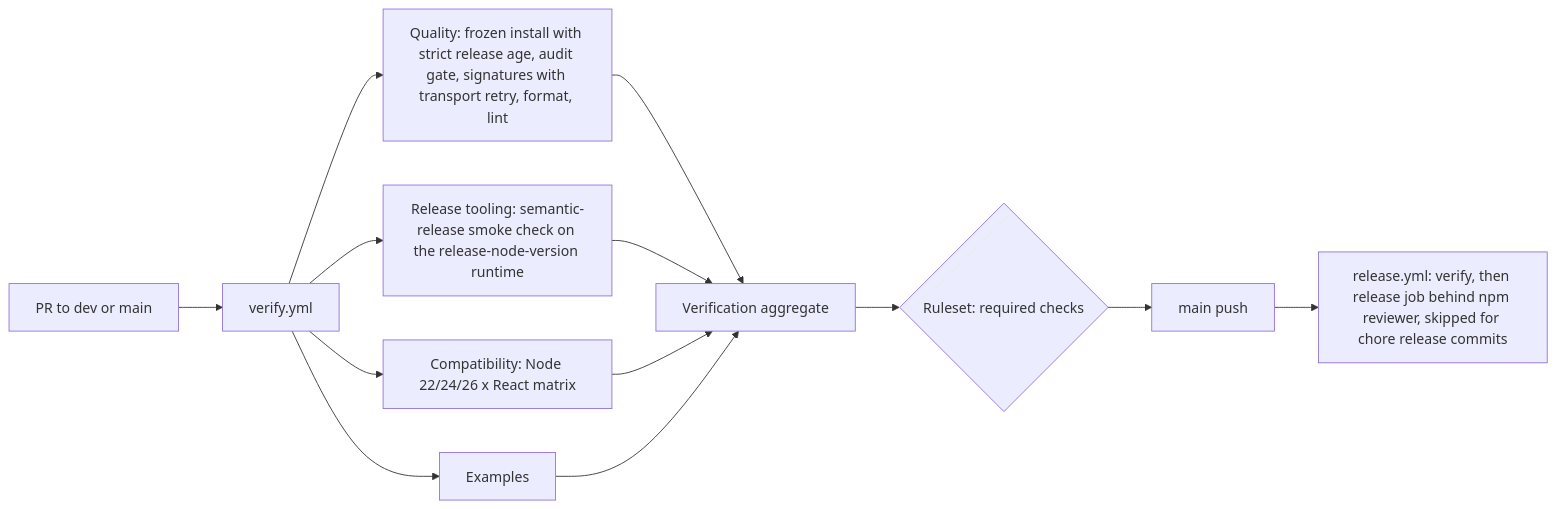
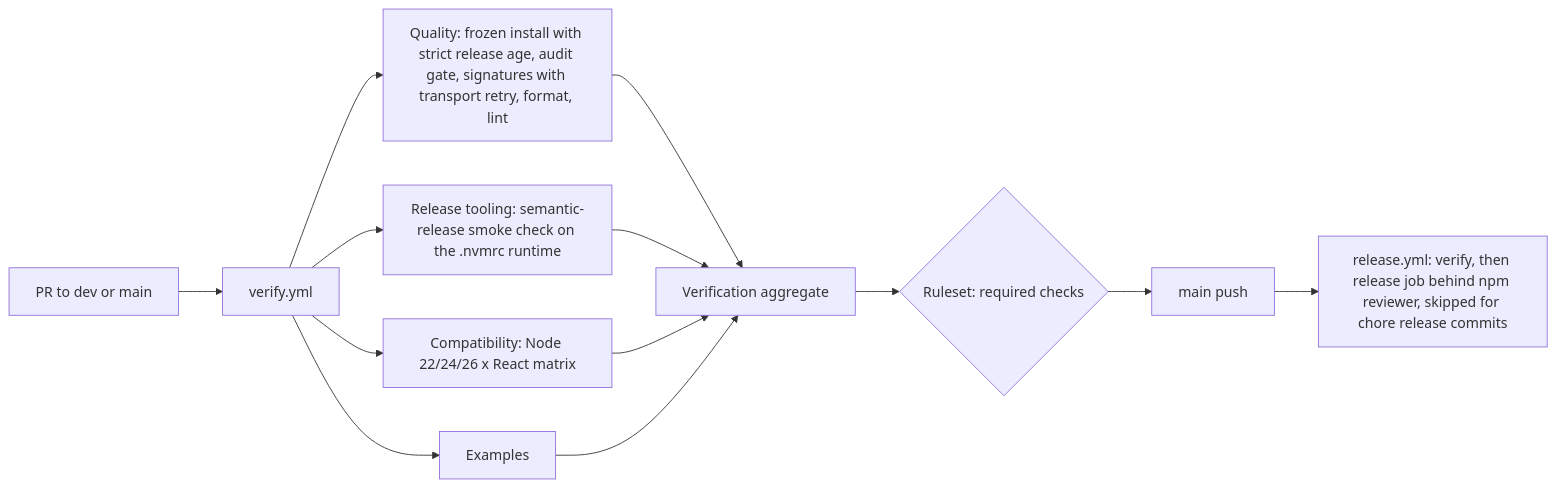
Before and after one commit to clalexander/flow-stack: the diagram in docs/plans/flow-stack-ci-hardening-plan.md, drawn with Mermaid. The commit also changed other lines of this file and 6 other files, not shown here.

Commit message:
ci: read the release runtime from .nvmrc

````diff
--- a/docs/plans/flow-stack-ci-hardening-plan.md
+++ b/docs/plans/flow-stack-ci-hardening-plan.md
@@ -246,12 +249,12 @@
 ```mermaid
 flowchart LR
   PR[PR to dev or main] --> V[verify.yml]
   V --> Q[Quality: frozen install with strict release age, audit gate, signatures with transport retry, format, lint]
-  V --> RT[Release tooling: semantic-release smoke check on the release-node-version runtime]
+  V --> RT[Release tooling: semantic-release smoke check on the .nvmrc runtime]
   V --> C[Compatibility: Node 22/24/26 x React matrix]
   V --> E[Examples]
   Q & RT & C & E --> AGG[Verification aggregate]
   AGG --> RS{Ruleset: required checks}
   RS --> M[main push]
   M --> R[release.yml: verify, then release job behind npm reviewer, skipped for chore release commits]
 ```
````
